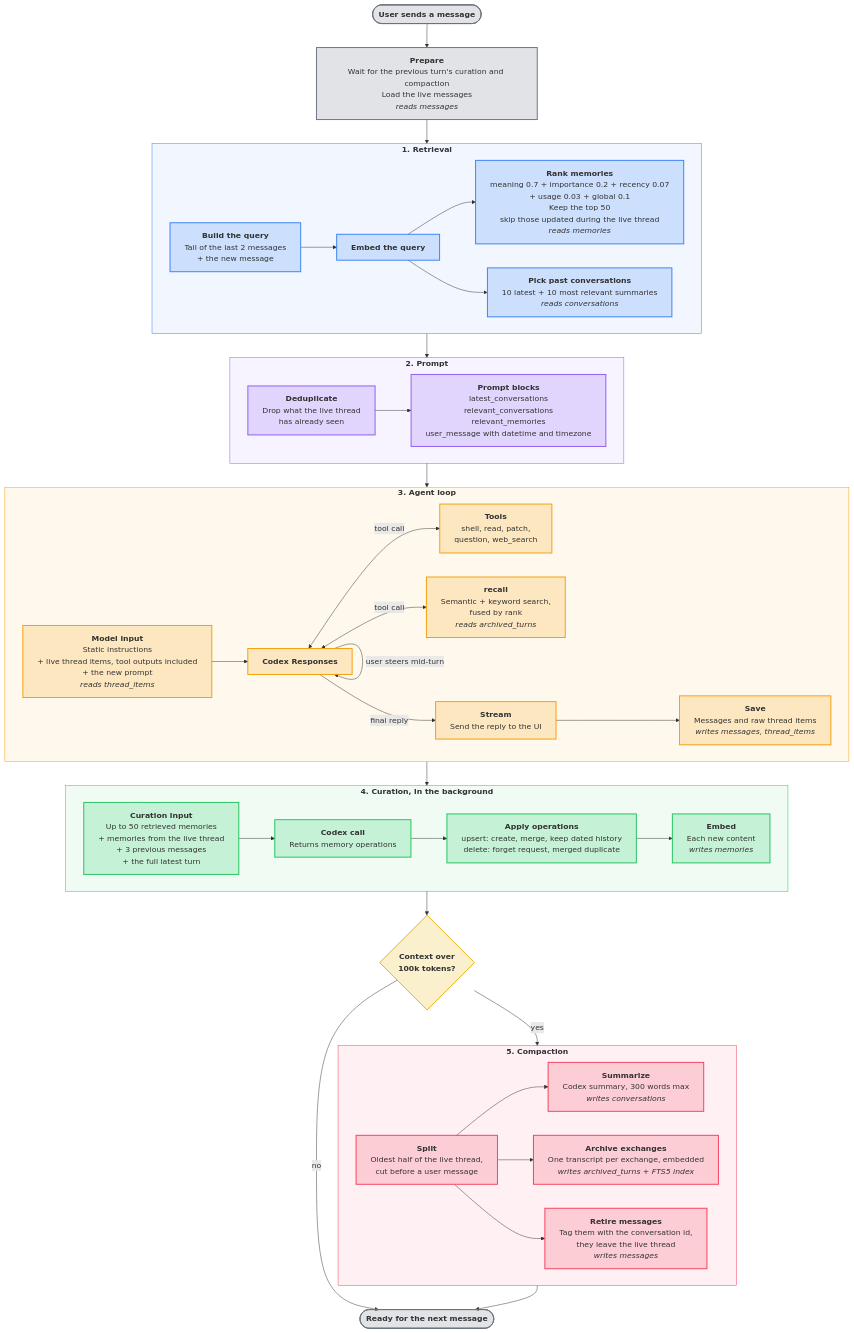
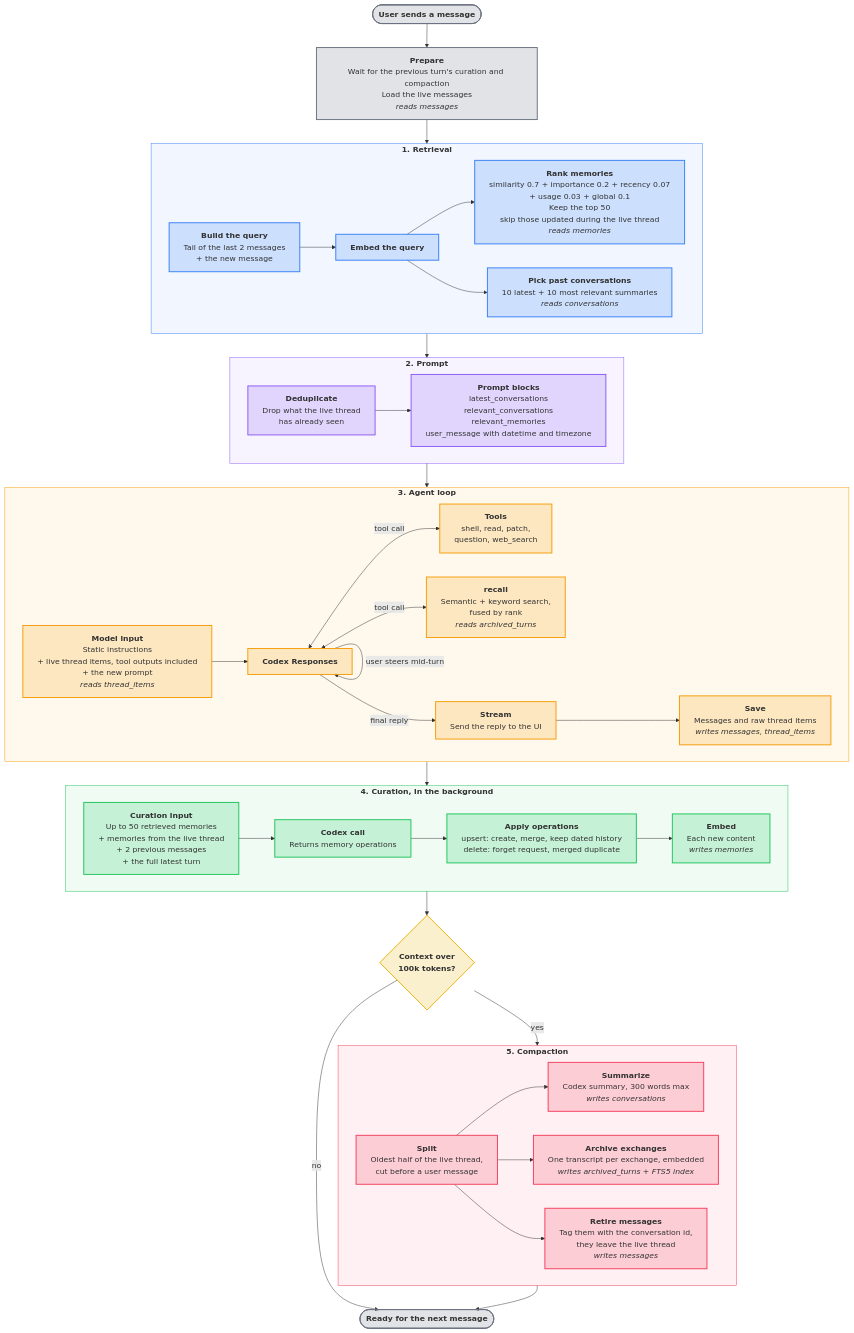
The diagram in docs/ARCHITECTURE.md (maty-millien/Memori), drawn with Mermaid before and after one commit.

Commit message:
refactor(docs): update memory ranking and curation details

````diff
--- a/docs/ARCHITECTURE.md
+++ b/docs/ARCHITECTURE.md
@@ -5,80 +5,80 @@
 ```mermaid
 ---
 config:
   flowchart:
     wrappingWidth: 400
 ---
 flowchart TB
     start(["<b>User sends a message</b>"]) --> wait["<b>Prepare</b><br/>Wait for the previous turn's curation and compaction<br/>Load the live messages<br/><i>reads messages</i>"]
     wait --> retrieval
 
     subgraph retrieval ["<b>1. Retrieval</b>"]
         direction LR
         query["<b>Build the query</b><br/>Tail of the last 2 messages<br/>+ the new message"] --> embedQuery["<b>Embed the query</b>"]
-        embedQuery --> rankMemories["<b>Rank memories</b><br/>meaning 0.7 + importance 0.2 + recency 0.07<br/>+ usage 0.03 + global 0.1<br/>Keep the top 50<br/>skip those updated during the live thread<br/><i>reads memories</i>"]
+        embedQuery --> rankMemories["<b>Rank memories</b><br/>similarity 0.7 + importance 0.2 + recency 0.07<br/>+ usage 0.03 + global 0.1<br/>Keep the top 50<br/>skip those updated during the live thread<br/><i>reads memories</i>"]
         embedQuery --> pickConversations["<b>Pick past conversations</b><br/>10 latest + 10 most relevant summaries<br/><i>reads conversations</i>"]
     end
 
     retrieval --> prompt
 
     subgraph prompt ["<b>2. Prompt</b>"]
         direction LR
         dedup["<b>Deduplicate</b><br/>Drop what the live thread<br/>has already seen"] --> blocks["<b>Prompt blocks</b><br/>latest_conversations<br/>relevant_conversations<br/>relevant_memories<br/>user_message with datetime and timezone"]
     end
 
     prompt --> agent
 
     subgraph agent ["<b>3. Agent loop</b>"]
         direction LR
         input["<b>Model input</b><br/>Static instructions<br/>+ live thread items, tool outputs included<br/>+ the new prompt<br/><i>reads thread_items</i>"] --> codex["<b>Codex Responses</b>"]
         codex <-->|tool call| tools["<b>Tools</b><br/>shell, read, patch,<br/>question, web_search"]
         codex <-->|tool call| recall["<b>recall</b><br/>Semantic + keyword search,<br/>fused by rank<br/><i>reads archived_turns</i>"]
         codex -->|user steers mid-turn| codex
         codex -->|final reply| stream["<b>Stream</b><br/>Send the reply to the UI"]
         stream --> save["<b>Save</b><br/>Messages and raw thread items<br/><i>writes messages, thread_items</i>"]
     end
 
     agent --> curation
 
     subgraph curation ["<b>4. Curation, in the background</b>"]
         direction LR
-        curationInput["<b>Curation input</b><br/>Up to 50 retrieved memories<br/>+ memories from the live thread<br/>+ 3 previous messages<br/>+ the full latest turn"] --> curationCall["<b>Codex call</b><br/>Returns memory operations"]
+        curationInput["<b>Curation input</b><br/>Up to 50 retrieved memories<br/>+ memories from the live thread<br/>+ 2 previous messages<br/>+ the full latest turn"] --> curationCall["<b>Codex call</b><br/>Returns memory operations"]
         curationCall --> operations["<b>Apply operations</b><br/>upsert: create, merge, keep dated history<br/>delete: forget request, merged duplicate"]
         operations --> embedMemory["<b>Embed</b><br/>Each new content<br/><i>writes memories</i>"]
     end
 
     curation --> overflow{"<b>Context over<br/>100k tokens?</b>"}
     overflow -->|no| next(["<b>Ready for the next message</b>"])
     overflow -->|yes| compaction
 
     subgraph compaction ["<b>5. Compaction</b>"]
         direction LR
         oldest["<b>Split</b><br/>Oldest half of the live thread,<br/>cut before a user message"] --> summarize["<b>Summarize</b><br/>Codex summary, 300 words max<br/><i>writes conversations</i>"]
         oldest --> turns["<b>Archive exchanges</b><br/>One transcript per exchange, embedded<br/><i>writes archived_turns + FTS5 index</i>"]
         oldest --> assign["<b>Retire messages</b><br/>Tag them with the conversation id,<br/>they leave the live thread<br/><i>writes messages</i>"]
     end
 
     compaction --> next
 
     classDef endpoint fill:#6b728033,stroke:#6b7280,stroke-width:2px
     classDef retrievalNode fill:#3b82f633,stroke:#3b82f6,stroke-width:2px
     classDef promptNode fill:#8b5cf633,stroke:#8b5cf6,stroke-width:2px
     classDef agentNode fill:#f59e0b33,stroke:#f59e0b,stroke-width:2px
     classDef curationNode fill:#22c55e33,stroke:#22c55e,stroke-width:2px
     classDef compactionNode fill:#f43f5e33,stroke:#f43f5e,stroke-width:2px
     classDef decision fill:#eab30833,stroke:#eab308,stroke-width:2px
 
     class start,wait,next endpoint
     class query,embedQuery,rankMemories,pickConversations retrievalNode
     class dedup,blocks promptNode
     class input,codex,tools,recall,stream,save agentNode
     class curationInput,curationCall,operations,embedMemory curationNode
     class oldest,summarize,turns,assign compactionNode
     class overflow decision
 
     style retrieval fill:#3b82f612,stroke:#3b82f6
     style prompt fill:#8b5cf612,stroke:#8b5cf6
     style agent fill:#f59e0b12,stroke:#f59e0b
     style curation fill:#22c55e12,stroke:#22c55e
     style compaction fill:#f43f5e12,stroke:#f43f5e
 ```
````
